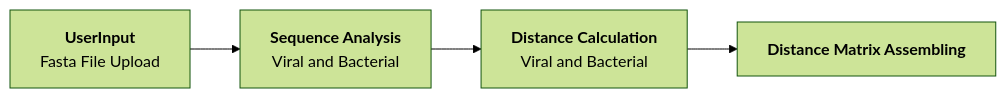
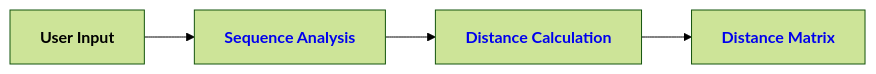
Before and after one commit to DiltheyLab/GENTRAIN: the first of 2 diagrams in documentation/docs/developers/data_management.md, drawn with Mermaid (forest theme). The commit also changed other lines of this file and 3 other files, not shown here.

Commit message:
feat: add deployment diagram to docs

````diff
--- a/documentation/docs/developers/data_management.md
+++ b/documentation/docs/developers/data_management.md
@@ -30,6 +32,6 @@
 ```mermaid
 graph LR
-A[<b>UserInput</b><br/>Fasta File Upload]-->B[<b>Sequence Analysis</b><br/>Viral and Bacterial]
-B -->C[<b>Distance Calculation</b><br/>Viral and Bacterial]
-C -->D[<b>Distance Matrix Assembling</b>]
+A[<b>User Input</b>]-->B[<b><a href='#sequence-analysis' style="text-decoration: none;">Sequence Analysis</a></b>]
+B -->C[<b><a href='#distance-calculation' style="text-decoration: none;">Distance Calculation</a></b>]
+C -->D[<b><a href='#distance-matrix' style="text-decoration: none;">Distance Matrix</a></b>]
 ```
````
